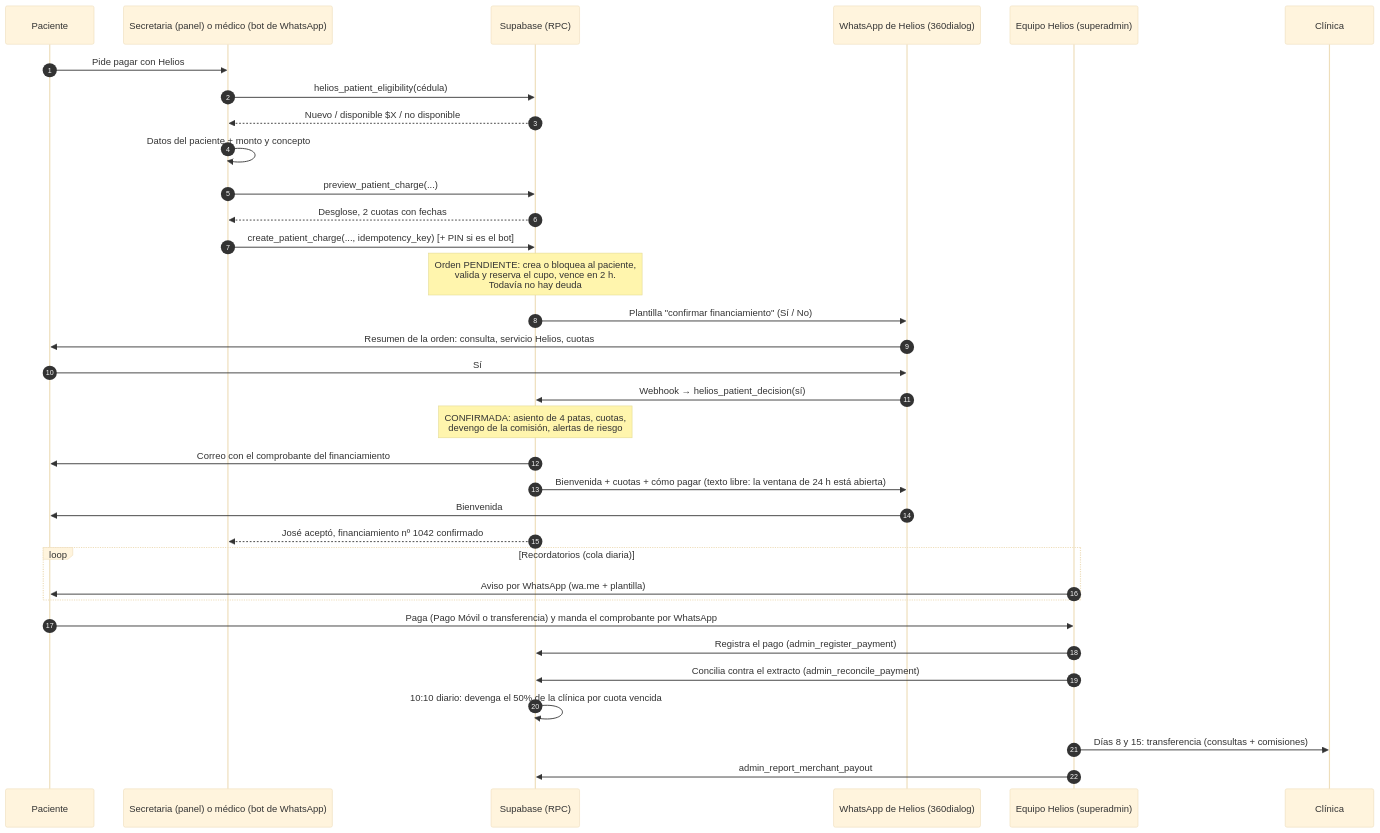
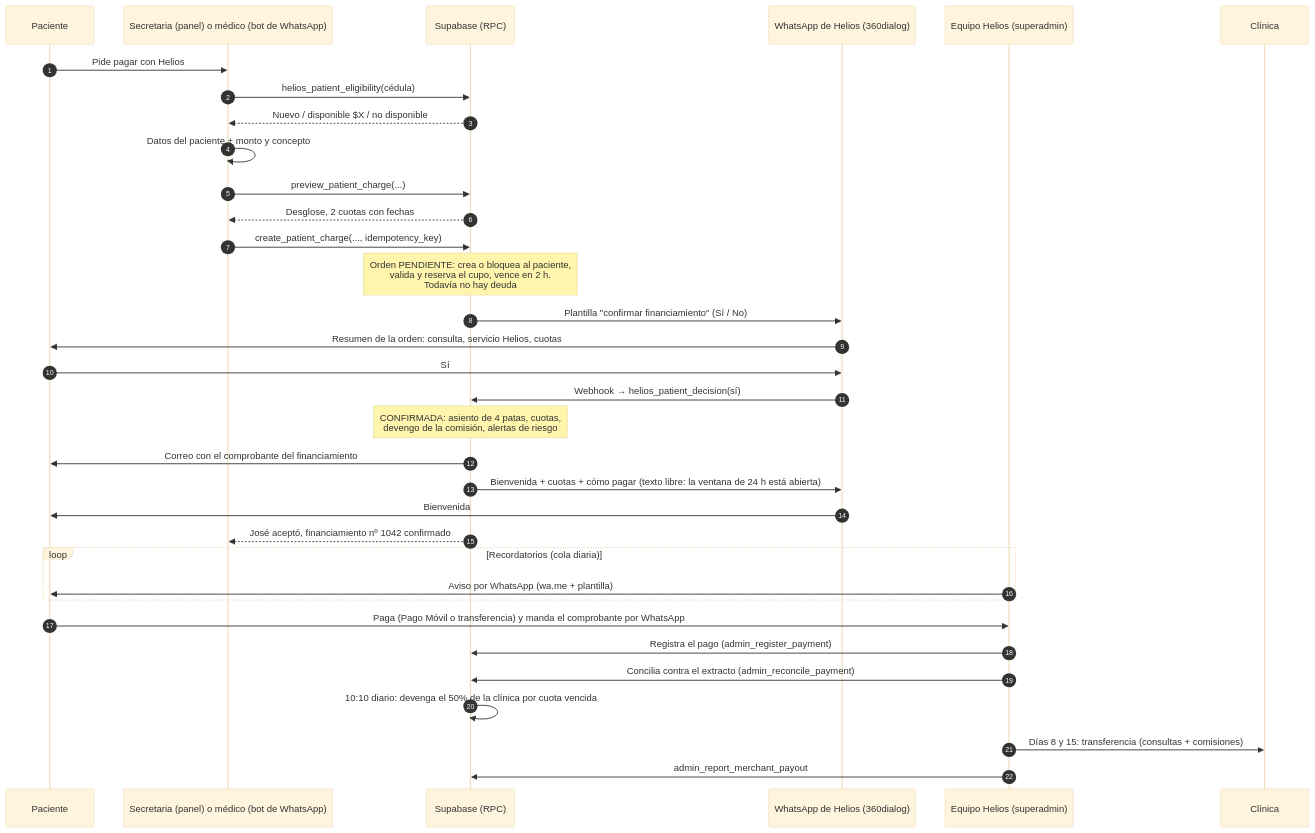
Before and after one commit to Jcarvajal3/Helios: the first of 2 diagrams in docs/00-PLAN-DE-IMPLEMENTACION.md, drawn with Mermaid (base theme). The commit also changed other lines of this file and 7 other files, not shown here.

First line of the commit message:
El bot del médico no pide PIN

````diff
--- a/docs/00-PLAN-DE-IMPLEMENTACION.md
+++ b/docs/00-PLAN-DE-IMPLEMENTACION.md
@@ -120,37 +120,37 @@
 ```mermaid
 sequenceDiagram
   autonumber
   participant P as Paciente
   participant S as Secretaria (panel) o médico (bot de WhatsApp)
   participant DB as Supabase (RPC)
   participant W as WhatsApp de Helios (360dialog)
   participant H as Equipo Helios (superadmin)
   participant C as Clínica
 
   P->>S: Pide pagar con Helios
   S->>DB: helios_patient_eligibility(cédula)
   DB-->>S: Nuevo / disponible $X / no disponible
   S->>S: Datos del paciente + monto y concepto
   S->>DB: preview_patient_charge(...)
   DB-->>S: Desglose, 2 cuotas con fechas
-  S->>DB: create_patient_charge(..., idempotency_key) [+ PIN si es el bot]
+  S->>DB: create_patient_charge(..., idempotency_key)
   Note over DB: Orden PENDIENTE: crea o bloquea al paciente,<br/>valida y reserva el cupo, vence en 2 h.<br/>Todavía no hay deuda
   DB->>W: Plantilla "confirmar financiamiento" (Sí / No)
   W->>P: Resumen de la orden: consulta, servicio Helios, cuotas
   P->>W: Sí
   W->>DB: Webhook → helios_patient_decision(sí)
   Note over DB: CONFIRMADA: asiento de 4 patas, cuotas,<br/>devengo de la comisión, alertas de riesgo
   DB->>P: Correo con el comprobante del financiamiento
   DB->>W: Bienvenida + cuotas + cómo pagar (texto libre: la ventana de 24 h está abierta)
   W->>P: Bienvenida
   DB-->>S: José aceptó, financiamiento nº 1042 confirmado
   loop Recordatorios (cola diaria)
     H->>P: Aviso por WhatsApp (wa.me + plantilla)
   end
   P->>H: Paga (Pago Móvil o transferencia) y manda el comprobante por WhatsApp
   H->>DB: Registra el pago (admin_register_payment)
   H->>DB: Concilia contra el extracto (admin_reconcile_payment)
   DB->>DB: 10:10 diario: devenga el 50% de la clínica por cuota vencida
   H->>C: Días 8 y 15: transferencia (consultas + comisiones)
   H->>DB: admin_report_merchant_payout
 ```
````
